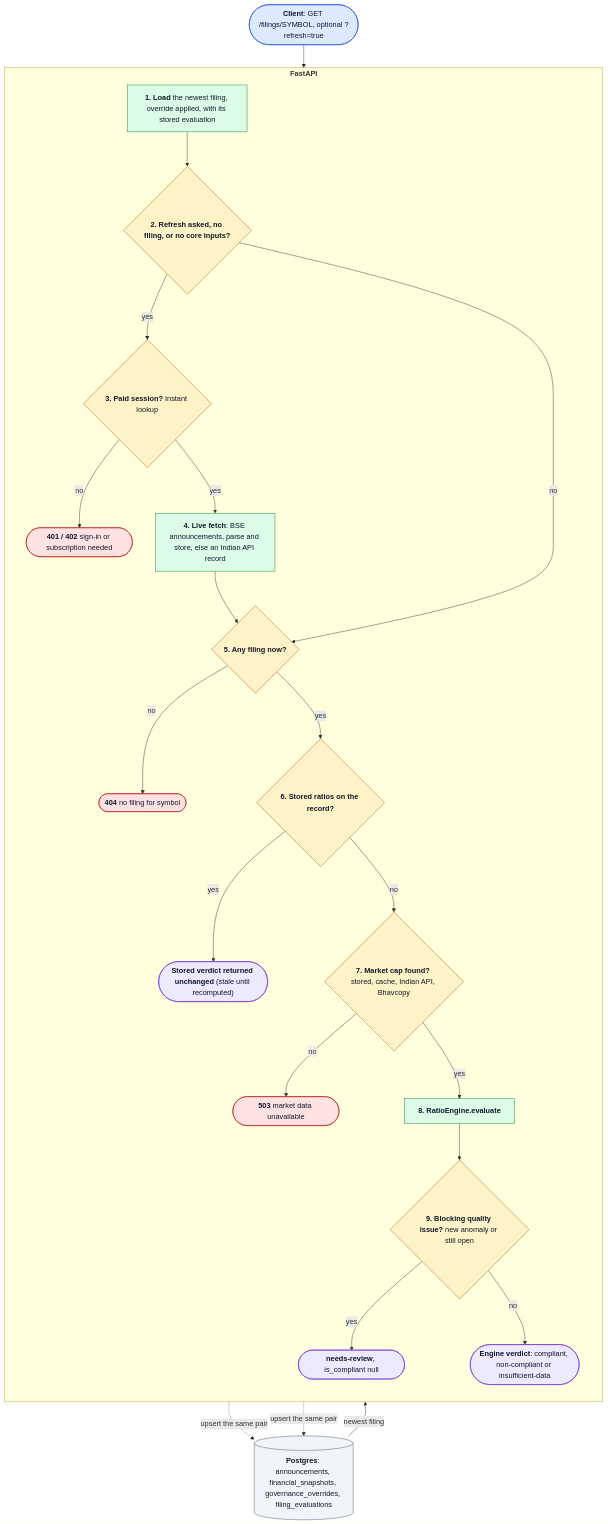
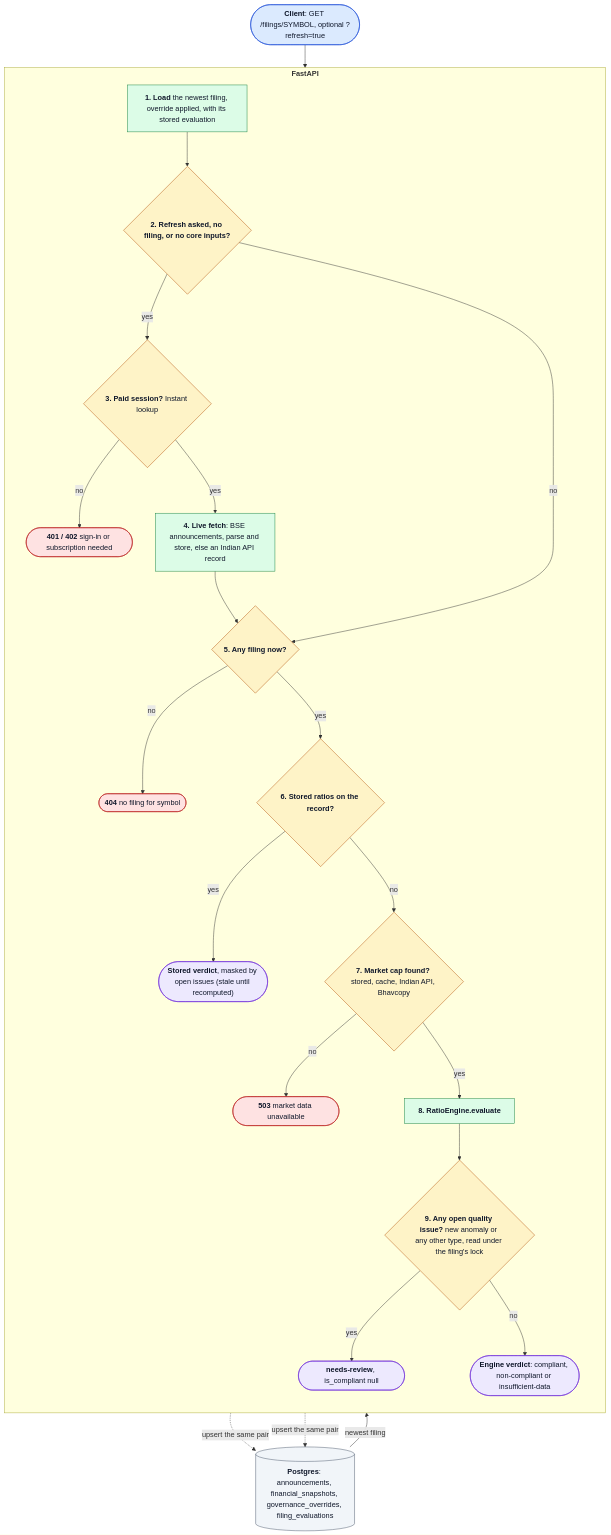
The second of 10 diagrams in docs/FLOW.md (hamza-aziz-ai/HalalLens), drawn with Mermaid before and after one commit. The commit also changed other lines of this file and 27 other files, not shown here.

First line of the commit message:
fix(evaluations): publish every verdict through one locked quality overlay (#222)

````diff
--- a/docs/FLOW.md
+++ b/docs/FLOW.md
@@ -71,55 +71,55 @@
 ```mermaid
 flowchart TB
   C(["`**Client**: GET /filings/SYMBOL, optional ?refresh=true`"])
   PG[("`**Postgres**: announcements, financial_snapshots, governance_overrides, filing_evaluations`")]
 
   subgraph API["`**FastAPI**`"]
     direction TB
     LOAD["`**1. Load** the newest filing, override applied, with its stored evaluation`"]
     NEED{"`**2. Refresh asked, no filing, or no core inputs?**`"}
     PAID{"`**3. Paid session?** Instant lookup`"}
     E402(["`**401 / 402** sign-in or subscription needed`"])
     LIVE["`**4. Live fetch**: BSE announcements, parse and store, else an Indian API record`"]
     FOUND{"`**5. Any filing now?**`"}
     E404(["`**404** no filing for symbol`"])
     HAS{"`**6. Stored ratios on the record?**`"}
-    STALE(["`**Stored verdict returned unchanged** (stale until recomputed)`"])
+    STALE(["`**Stored verdict**, masked by open issues (stale until recomputed)`"])
     MKT{"`**7. Market cap found?** stored, cache, Indian API, Bhavcopy`"}
     E503(["`**503** market data unavailable`"])
     ENG["`**8. RatioEngine.evaluate**`"]
-    QI{"`**9. Blocking quality issue?** new anomaly or still open`"}
+    QI{"`**9. Any open quality issue?** new anomaly or any other type, read under the filing's lock`"}
     NR(["`**needs-review**, is_compliant null`"])
     VER(["`**Engine verdict**: compliant, non-compliant or insufficient-data`"])
   end
 
   C --> LOAD
   PG -->|"`newest filing`"| LOAD
   LOAD --> NEED
   NEED -->|"`yes`"| PAID
   PAID -->|"`no`"| E402
   PAID -->|"`yes`"| LIVE --> FOUND
   NEED -->|"`no`"| FOUND
   FOUND -->|"`no`"| E404
   FOUND -->|"`yes`"| HAS
   HAS -->|"`yes`"| STALE
   HAS -->|"`no`"| MKT
   MKT -->|"`no`"| E503
   MKT -->|"`yes`"| ENG --> QI
   QI -->|"`yes`"| NR
   QI -->|"`no`"| VER
   NR -.->|"`upsert the same pair`"| PG
   VER -.->|"`upsert the same pair`"| PG
 
   classDef ingress fill:#dbeafe,stroke:#1d4ed8,color:#0f172a
   classDef step fill:#dcfce7,stroke:#15803d,color:#0f172a
   classDef decision fill:#fef3c7,stroke:#b45309,color:#0f172a
   classDef outcome fill:#ede9fe,stroke:#6d28d9,color:#0f172a
   classDef store fill:#f1f5f9,stroke:#475569,color:#0f172a
   classDef error fill:#fee2e2,stroke:#b91c1c,color:#0f172a
   class C ingress
   class LOAD,LIVE,ENG step
   class NEED,PAID,FOUND,HAS,MKT,QI decision
   class STALE,NR,VER outcome
   class PG store
   class E402,E404,E503 error
 ```
````
